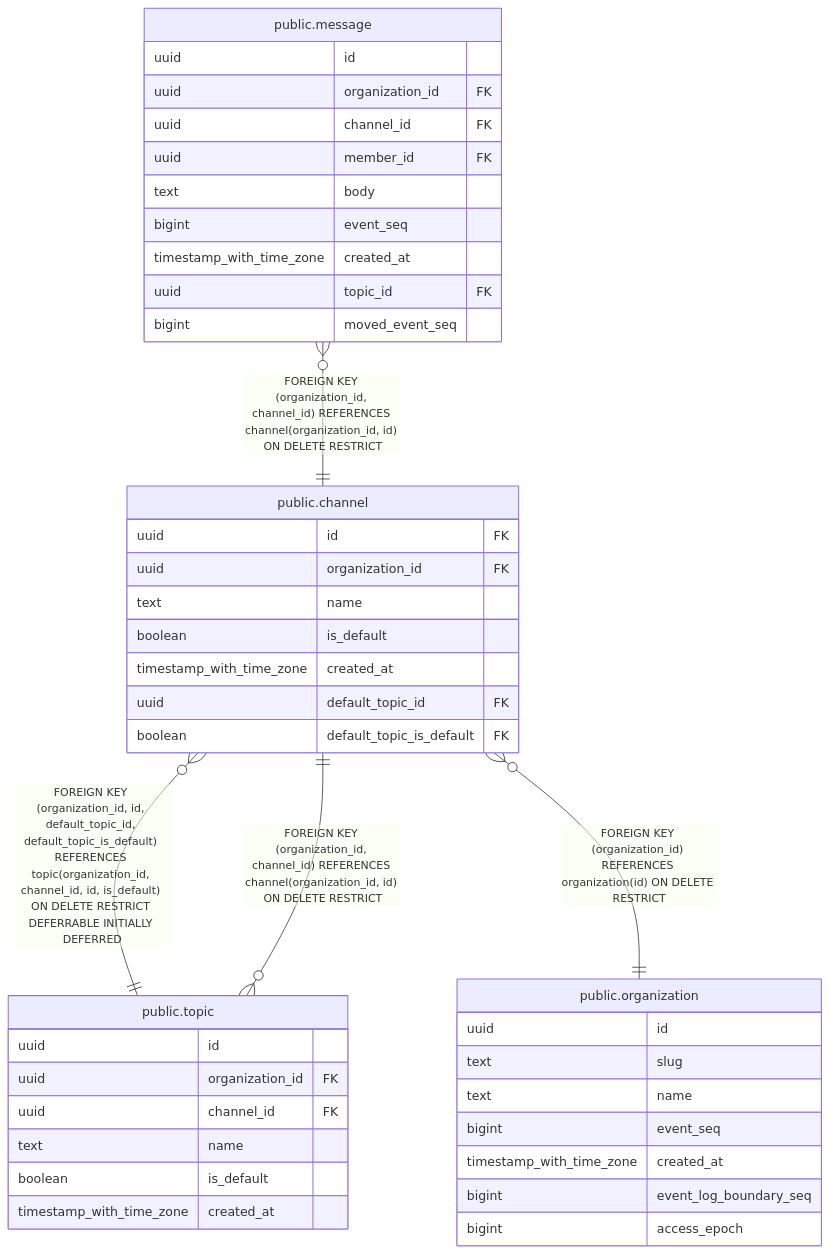
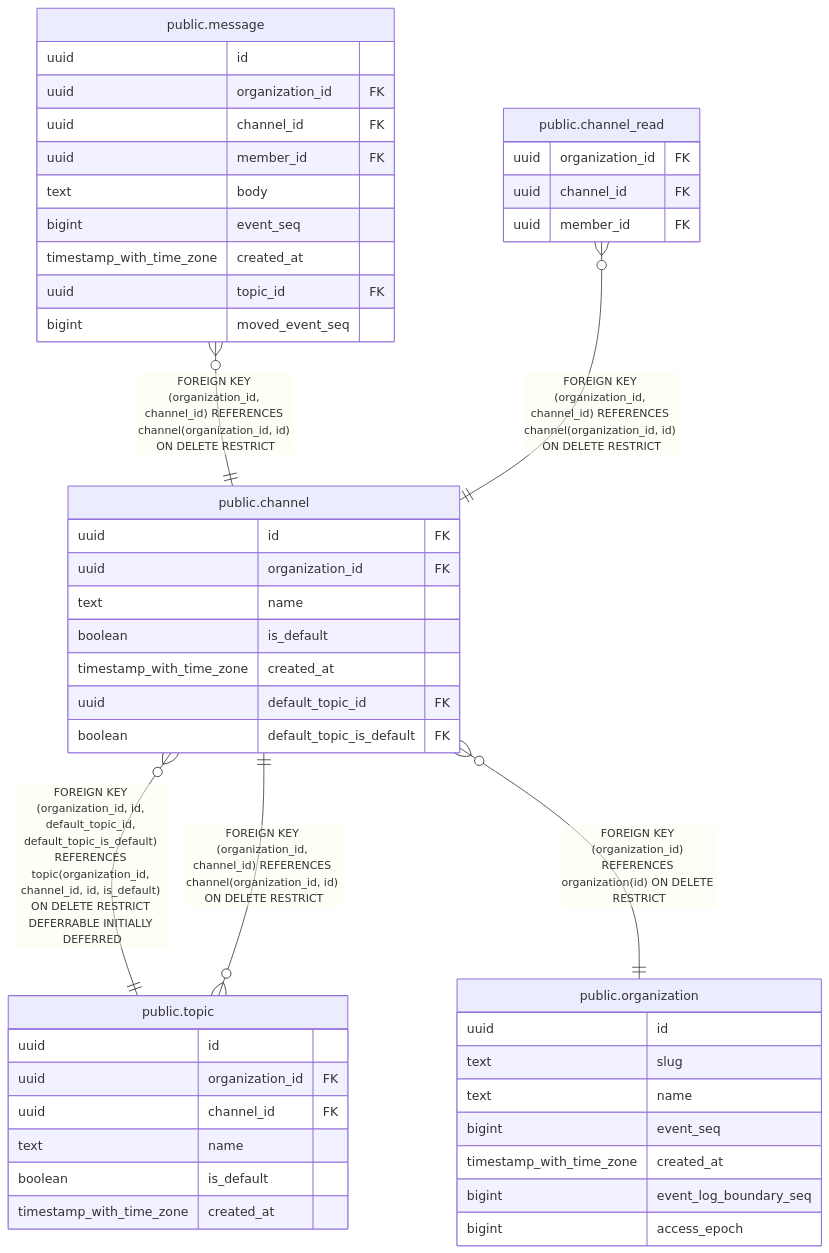
The diagram in docs/schema/public.channel.md (tkakkie/ribbitto), drawn with Mermaid before and after one commit. The commit also changed other lines of this file and 40 other files, not shown here.

````diff
--- a/docs/schema/public.channel.md
+++ b/docs/schema/public.channel.md
@@ -46,46 +46,52 @@
 ```mermaid
 erDiagram
 
 "public.channel" }o--|| "public.topic" : "FOREIGN KEY (organization_id, id, default_topic_id, default_topic_is_default) REFERENCES topic(organization_id, channel_id, id, is_default) ON DELETE RESTRICT DEFERRABLE INITIALLY DEFERRED"
 "public.message" }o--|| "public.channel" : "FOREIGN KEY (organization_id, channel_id) REFERENCES channel(organization_id, id) ON DELETE RESTRICT"
 "public.topic" }o--|| "public.channel" : "FOREIGN KEY (organization_id, channel_id) REFERENCES channel(organization_id, id) ON DELETE RESTRICT"
+"public.channel_read" }o--|| "public.channel" : "FOREIGN KEY (organization_id, channel_id) REFERENCES channel(organization_id, id) ON DELETE RESTRICT"
 "public.channel" }o--|| "public.organization" : "FOREIGN KEY (organization_id) REFERENCES organization(id) ON DELETE RESTRICT"
 
 "public.channel" {
   uuid id FK
   uuid organization_id FK
   text name
   boolean is_default
   timestamp_with_time_zone created_at
   uuid default_topic_id FK
   boolean default_topic_is_default FK
 }
 "public.topic" {
   uuid id
   uuid organization_id FK
   uuid channel_id FK
   text name
   boolean is_default
   timestamp_with_time_zone created_at
 }
 "public.message" {
   uuid id
   uuid organization_id FK
   uuid channel_id FK
   uuid member_id FK
   text body
   bigint event_seq
   timestamp_with_time_zone created_at
   uuid topic_id FK
   bigint moved_event_seq
 }
+"public.channel_read" {
+  uuid organization_id FK
+  uuid channel_id FK
+  uuid member_id FK
+}
 "public.organization" {
   uuid id
   text slug
   text name
   bigint event_seq
   timestamp_with_time_zone created_at
   bigint event_log_boundary_seq
   bigint access_epoch
 }
 ```
````
